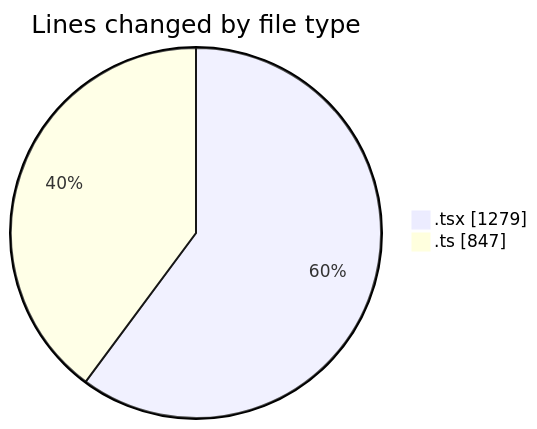
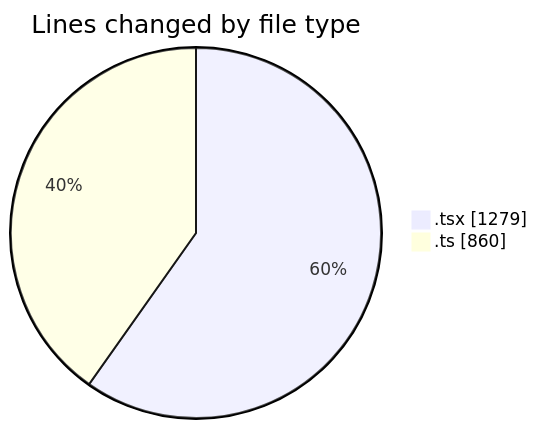
The first of 2 diagrams in 2026-02-27/nxtqube_webapp/README.md (nxtqubesakshisongat/code-tracking), drawn with Mermaid before and after one commit. The commit also changed other lines of this file and 1 other file, not shown here.

````diff
--- a/2026-02-27/nxtqube_webapp/README.md
+++ b/2026-02-27/nxtqube_webapp/README.md
@@ -24,6 +24,6 @@
 ```mermaid
 pie showData
 title Lines changed by file type
 ".tsx" : 1279
-".ts" : 847
+".ts" : 860
 ```
````
